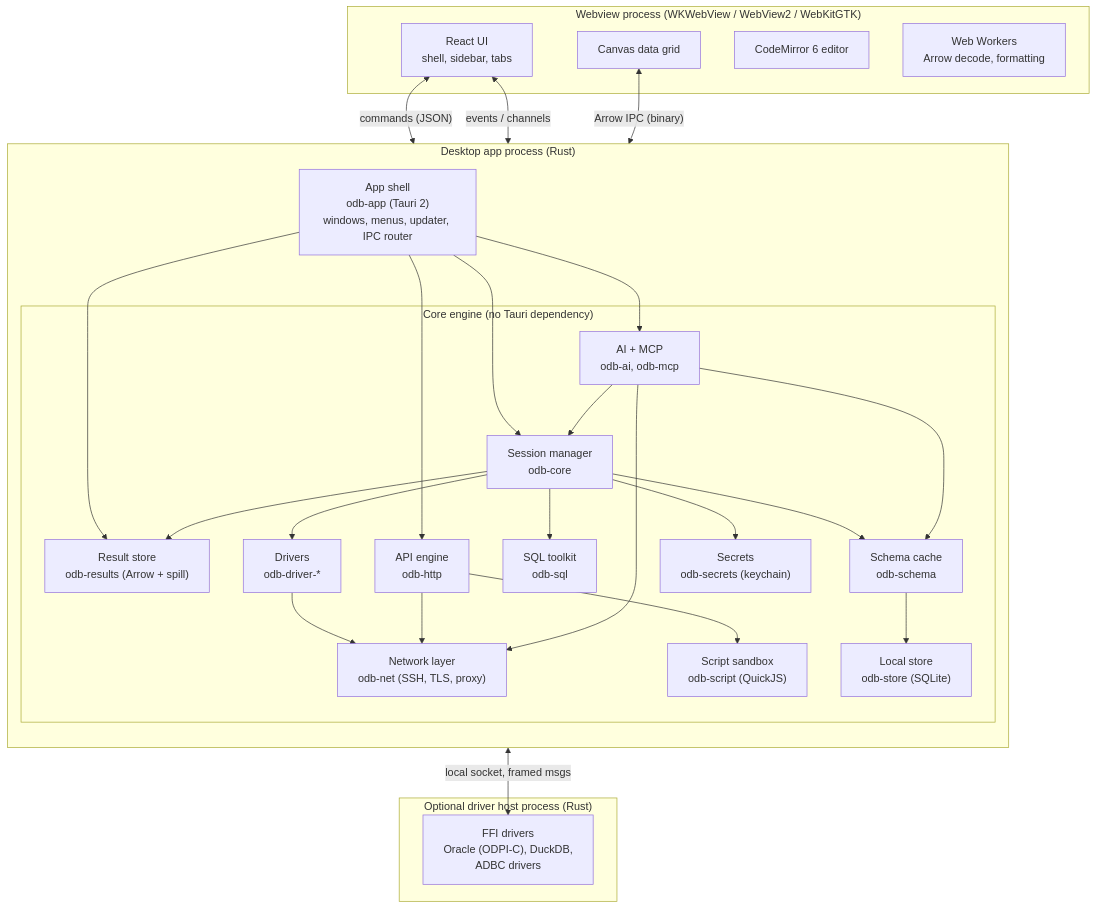
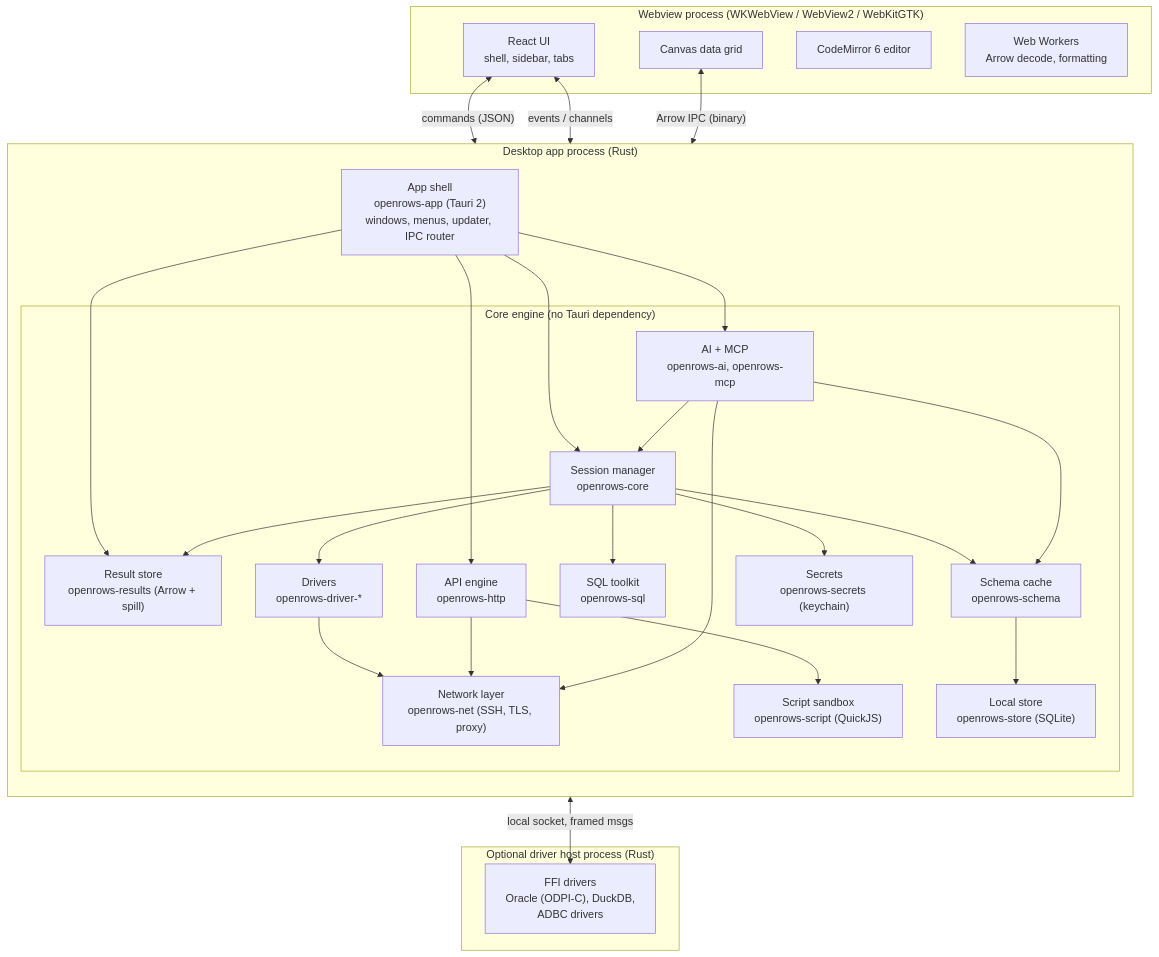
The second of 6 diagrams in docs/03-architecture-overview.md (theetaz/open-rows), drawn with Mermaid before and after one commit. The commit also changed other lines of this file and 31 other files, not shown here.

````diff
--- a/docs/03-architecture-overview.md
+++ b/docs/03-architecture-overview.md
@@ -52,52 +52,52 @@
 ```mermaid
 flowchart TB
     subgraph tauri["Desktop app process (Rust)"]
         direction TB
-        shell["App shell<br/>odb-app (Tauri 2)<br/>windows, menus, updater, IPC router"]
+        shell["App shell<br/>openrows-app (Tauri 2)<br/>windows, menus, updater, IPC router"]
         subgraph core["Core engine (no Tauri dependency)"]
-            sessions["Session manager<br/>odb-core"]
-            results["Result store<br/>odb-results (Arrow + spill)"]
-            sql["SQL toolkit<br/>odb-sql"]
-            schema["Schema cache<br/>odb-schema"]
-            http["API engine<br/>odb-http"]
-            script["Script sandbox<br/>odb-script (QuickJS)"]
-            net["Network layer<br/>odb-net (SSH, TLS, proxy)"]
-            store["Local store<br/>odb-store (SQLite)"]
-            secrets["Secrets<br/>odb-secrets (keychain)"]
-            ai["AI + MCP<br/>odb-ai, odb-mcp"]
-            drivers["Drivers<br/>odb-driver-*"]
+            sessions["Session manager<br/>openrows-core"]
+            results["Result store<br/>openrows-results (Arrow + spill)"]
+            sql["SQL toolkit<br/>openrows-sql"]
+            schema["Schema cache<br/>openrows-schema"]
+            http["API engine<br/>openrows-http"]
+            script["Script sandbox<br/>openrows-script (QuickJS)"]
+            net["Network layer<br/>openrows-net (SSH, TLS, proxy)"]
+            store["Local store<br/>openrows-store (SQLite)"]
+            secrets["Secrets<br/>openrows-secrets (keychain)"]
+            ai["AI + MCP<br/>openrows-ai, openrows-mcp"]
+            drivers["Drivers<br/>openrows-driver-*"]
         end
         shell --> sessions
         shell --> results
         shell --> http
         sessions --> drivers
         sessions --> sql
         sessions --> schema
         drivers --> net
         http --> net
         http --> script
         sessions --> results
         schema --> store
         sessions --> secrets
         shell --> ai
         ai --> schema
         ai --> sessions
         ai --> net
     end
 
     subgraph web["Webview process (WKWebView / WebView2 / WebKitGTK)"]
         ui["React UI<br/>shell, sidebar, tabs"]
         grid["Canvas data grid"]
         editor["CodeMirror 6 editor"]
         workers["Web Workers<br/>Arrow decode, formatting"]
     end
 
     subgraph host["Optional driver host process (Rust)"]
         ffi["FFI drivers<br/>Oracle (ODPI-C), DuckDB,<br/>ADBC drivers"]
     end
 
     ui <-->|"commands (JSON)"| shell
     grid <-->|"Arrow IPC (binary)"| shell
     ui <-->|"events / channels"| shell
     sessions <-->|"local socket, framed msgs"| ffi
 ```
````
